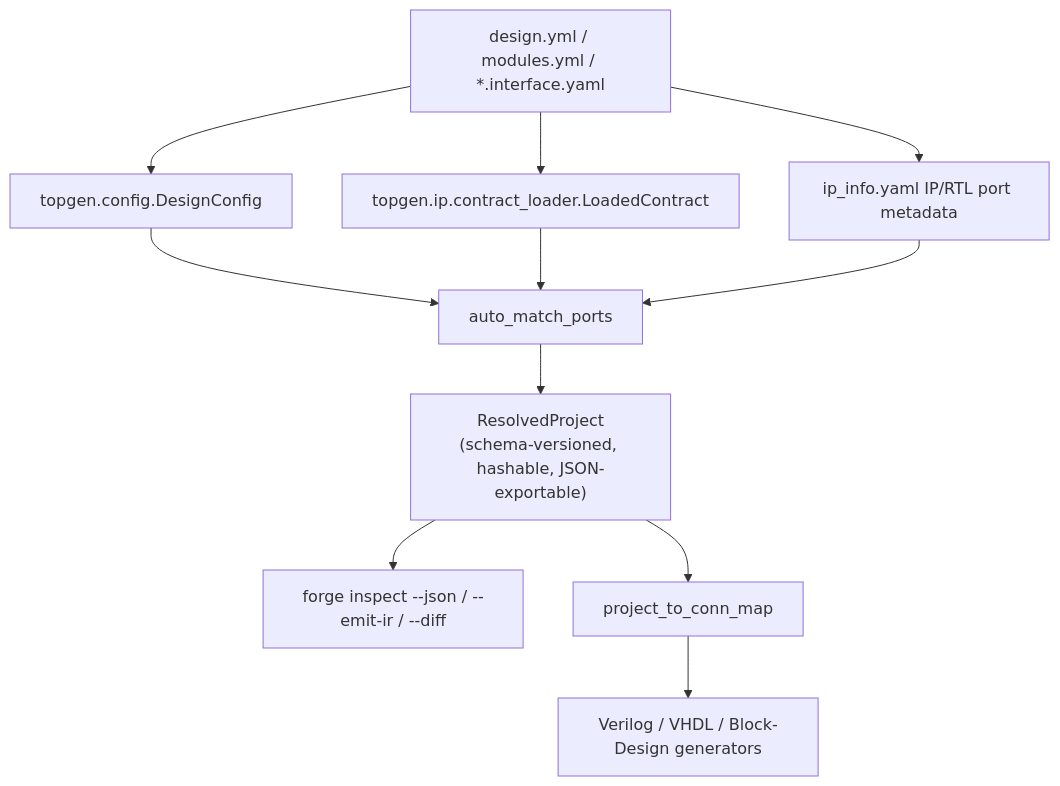
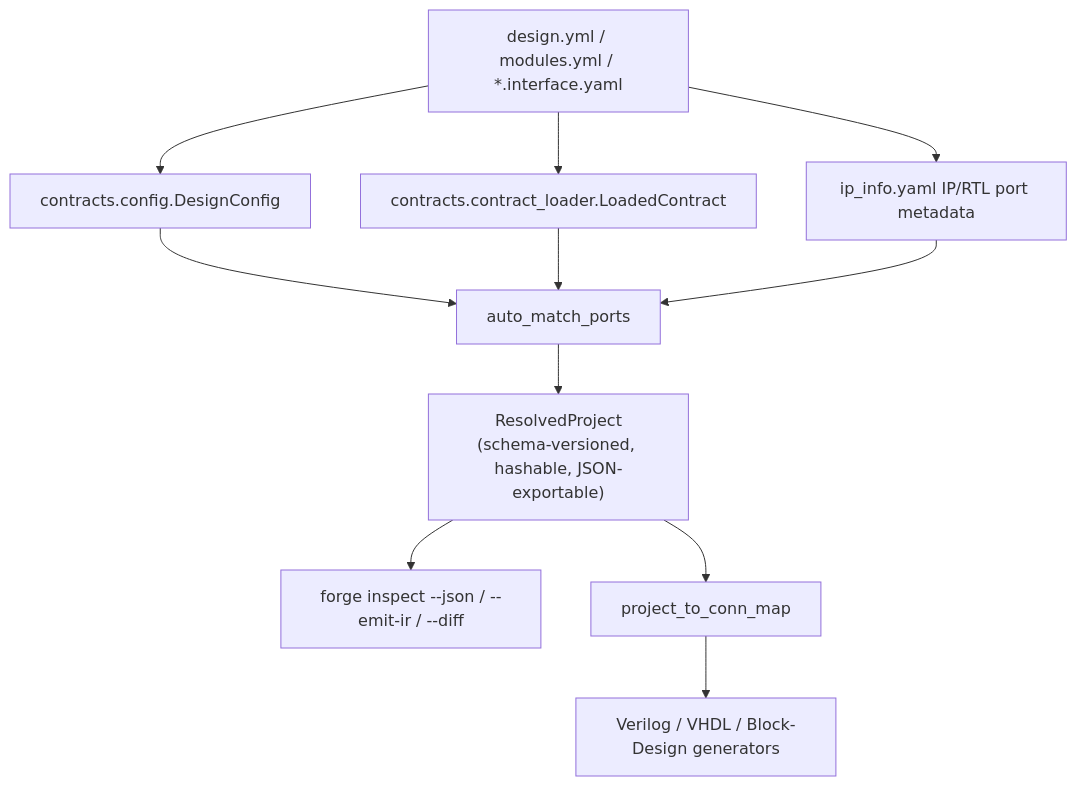
Before and after one commit to pleguina/forge: the diagram in docs/explanation/architecture-rationale.md, drawn with Mermaid. The commit also changed 97 other files, not shown here.

````diff
--- a/docs/explanation/architecture-rationale.md
+++ b/docs/explanation/architecture-rationale.md
@@ -47,16 +47,16 @@
 ```mermaid
 flowchart TD
     design[design.yml / modules.yml / *.interface.yaml]
-    design --> DesignConfig[topgen.config.DesignConfig]
-    design --> LoadedContract[topgen.ip.contract_loader.LoadedContract]
+    design --> DesignConfig[contracts.config.DesignConfig]
+    design --> LoadedContract[contracts.contract_loader.LoadedContract]
     design --> IpInfo[ip_info.yaml IP/RTL port metadata]
 
     DesignConfig --> Matching[auto_match_ports]
     LoadedContract --> Matching
     IpInfo --> Matching
 
     Matching --> IR["ResolvedProject\n(schema-versioned, hashable, JSON-exportable)"]
     IR --> Inspect["forge inspect --json / --emit-ir / --diff"]
     IR --> Project["project_to_conn_map"]
     Project --> Generators["Verilog / VHDL / Block-Design generators"]
 ```
````
